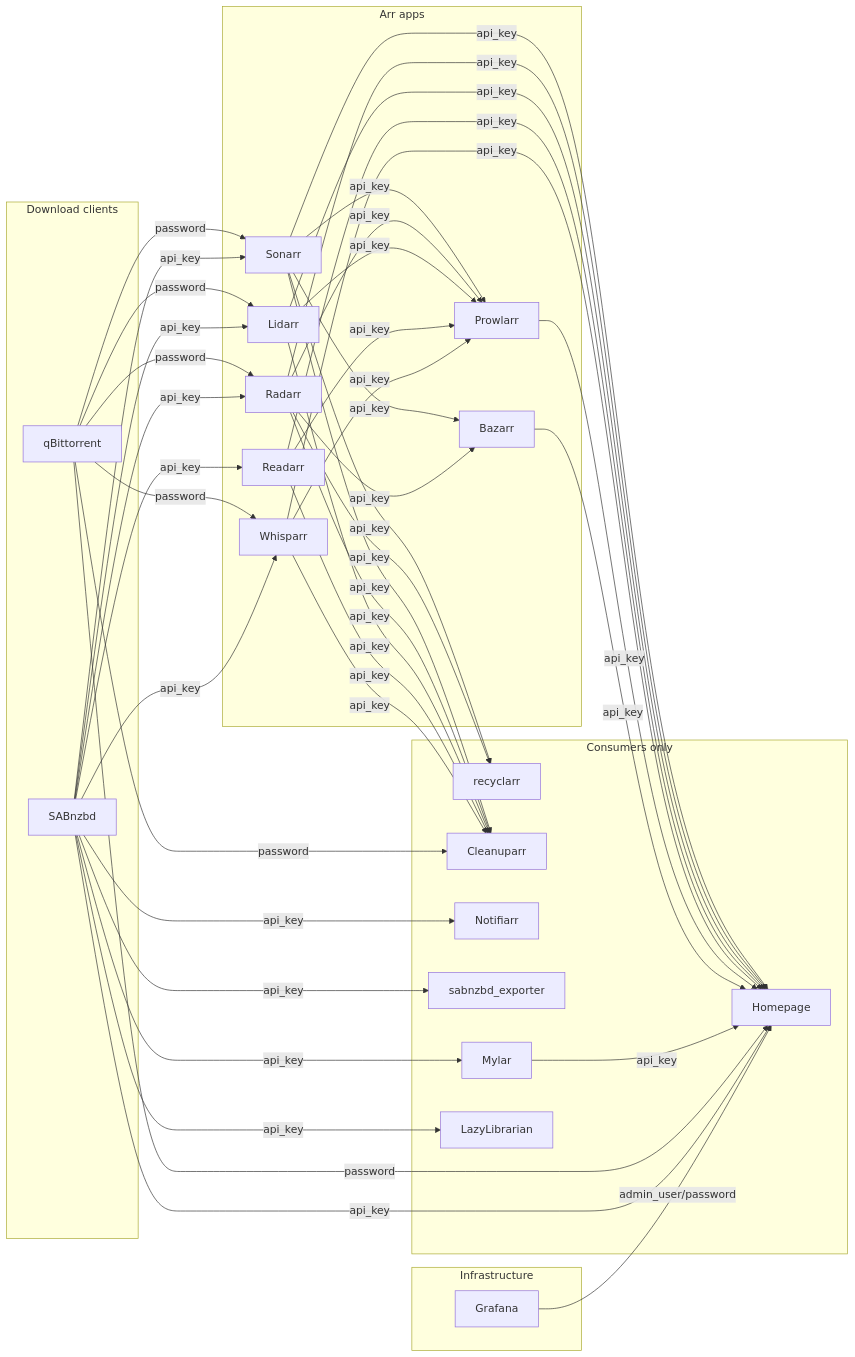
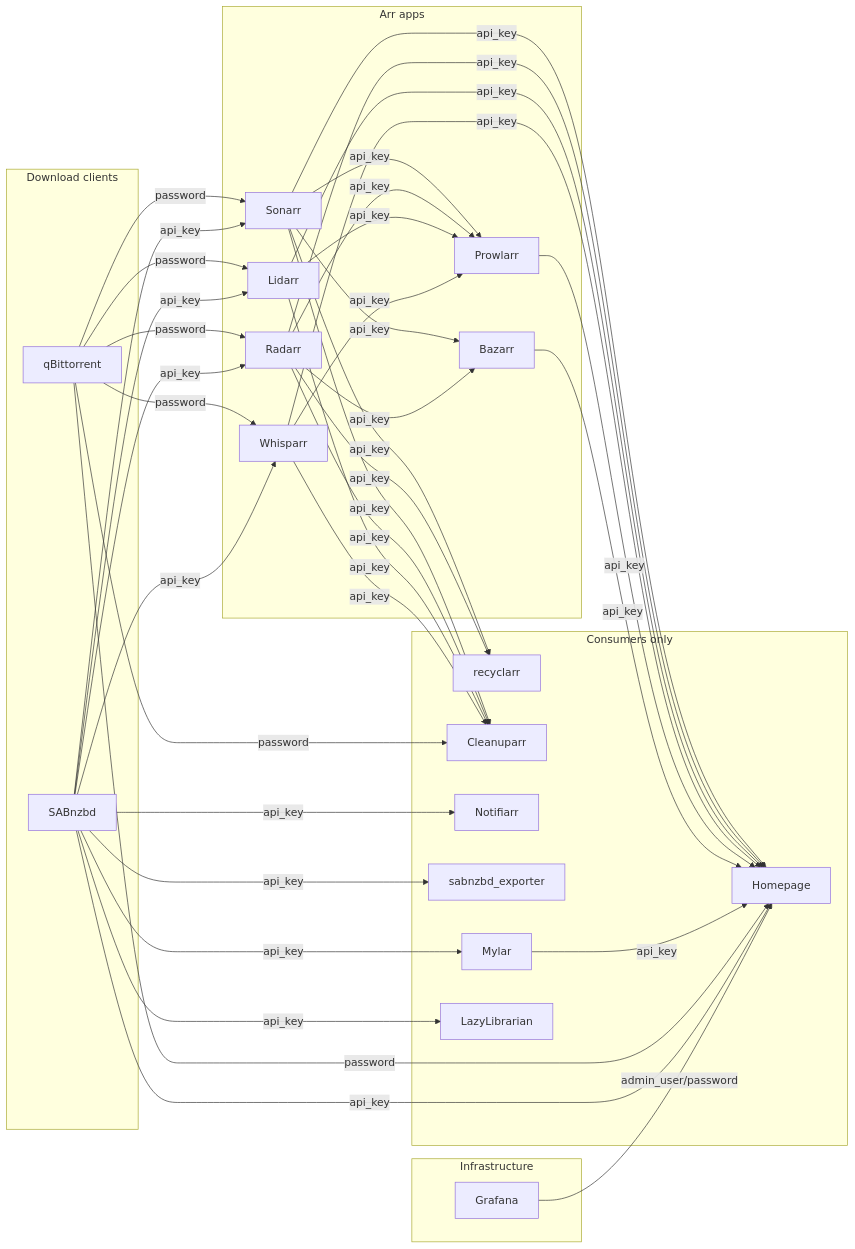
One commit to ivan-pinatti-labs/docker-torrent-box-with-vpn changed the diagram in docs/DEPENDENCIES.md. Above: the diagram before and after it, drawn with Mermaid. The commit also changed other lines of this file and 67 other files, not shown here.

````diff
--- a/docs/DEPENDENCIES.md
+++ b/docs/DEPENDENCIES.md
@@ -13,78 +13,73 @@
 ```mermaid
 flowchart LR
     subgraph arr["Arr apps"]
         Sonarr
         Radarr
         Lidarr
-        Readarr
         Whisparr
         Prowlarr
         Bazarr
     end
 
     subgraph dl["Download clients"]
         qBittorrent
         SABnzbd
     end
 
     subgraph infra["Infrastructure"]
         Grafana
     end
 
     subgraph consumers["Consumers only"]
         recyclarr
         Cleanuparr
         Notifiarr
         sabnzbd_exporter["sabnzbd_exporter"]
         Mylar
         LazyLibrarian
         Homepage
     end
 
     Sonarr   -->|api_key| Prowlarr
     Radarr   -->|api_key| Prowlarr
     Lidarr   -->|api_key| Prowlarr
-    Readarr  -->|api_key| Prowlarr
     Whisparr -->|api_key| Prowlarr
 
     Sonarr   -->|api_key| Bazarr
     Radarr   -->|api_key| Bazarr
 
     Sonarr   -->|api_key| recyclarr
     Radarr   -->|api_key| recyclarr
 
     Sonarr   -->|api_key| Cleanuparr
     Radarr   -->|api_key| Cleanuparr
     Lidarr   -->|api_key| Cleanuparr
-    Readarr  -->|api_key| Cleanuparr
     Whisparr -->|api_key| Cleanuparr
 
     Sonarr   -->|api_key| Homepage
     Radarr   -->|api_key| Homepage
     Lidarr   -->|api_key| Homepage
-    Readarr  -->|api_key| Homepage
     Whisparr -->|api_key| Homepage
     Prowlarr -->|api_key| Homepage
     Bazarr   -->|api_key| Homepage
     Mylar    -->|api_key| Homepage
 
     qBittorrent -->|password| Sonarr
     qBittorrent -->|password| Radarr
     qBittorrent -->|password| Lidarr
     qBittorrent -->|password| Whisparr
     qBittorrent -->|password| Cleanuparr
     qBittorrent -->|password| Homepage
 
     SABnzbd -->|api_key| Sonarr
     SABnzbd -->|api_key| Radarr
     SABnzbd -->|api_key| Lidarr
-    SABnzbd -->|api_key| Readarr
     SABnzbd -->|api_key| Whisparr
     SABnzbd -->|api_key| Mylar
     SABnzbd -->|api_key| LazyLibrarian
     SABnzbd -->|api_key| Notifiarr
     SABnzbd -->|api_key| sabnzbd_exporter
     SABnzbd -->|api_key| Homepage
 
     Grafana -->|admin_user/password| Homepage
 ```
````
